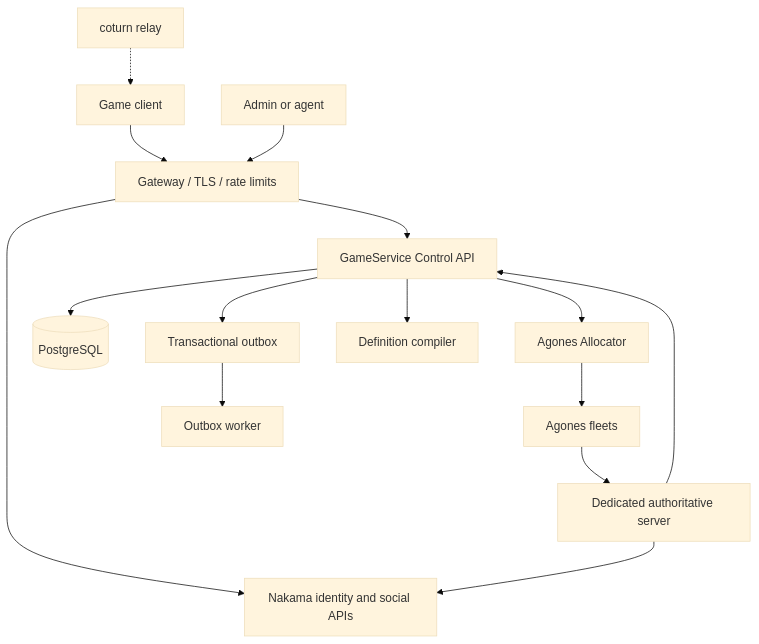
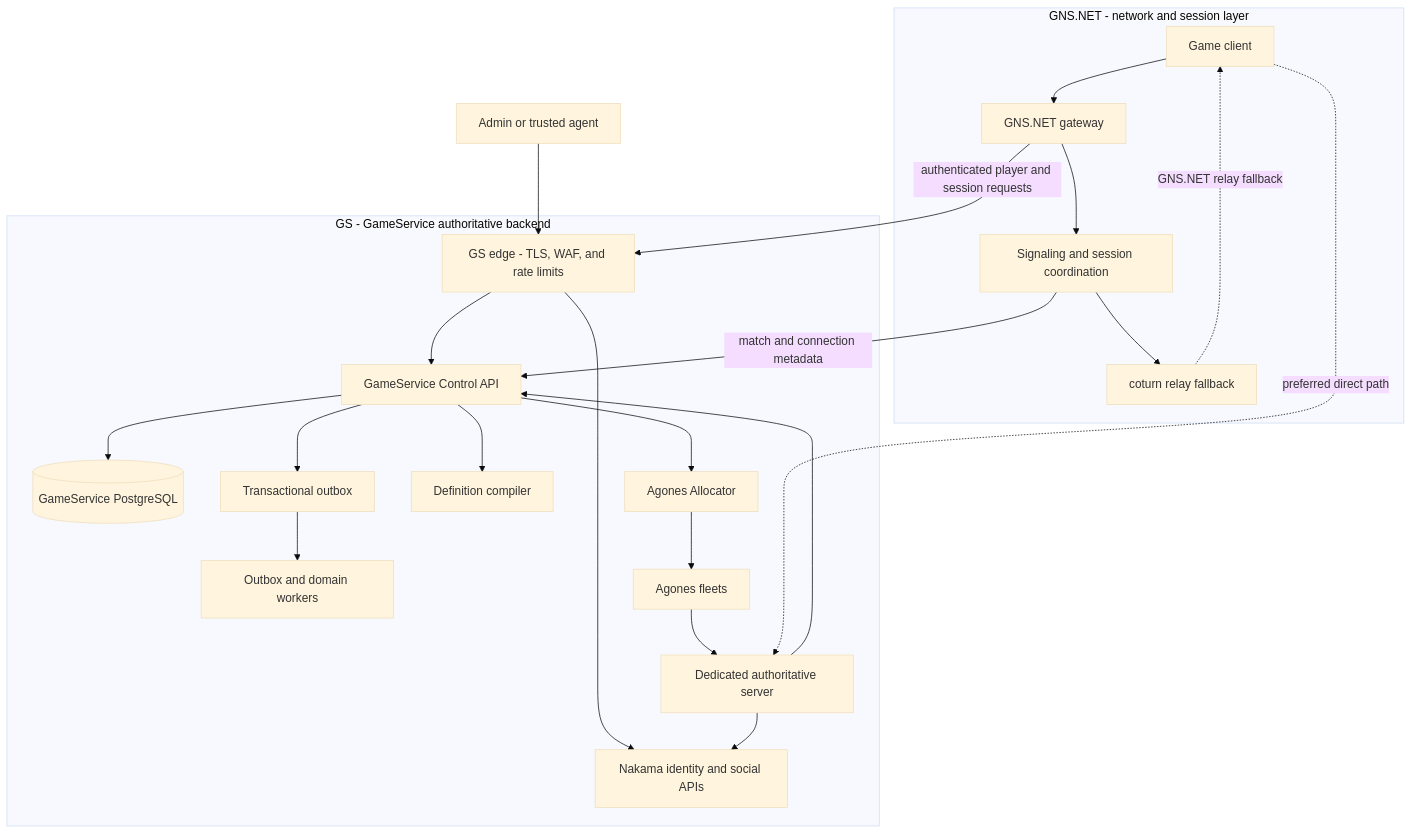
The diagram in README.md (Dankular/GS), drawn with Mermaid (base theme) before and after one commit. The commit also changed other lines of this file, not shown here.

Commit message:
Document GNS.NET and GameService topology

````diff
--- a/README.md
+++ b/README.md
@@ -230,17 +230,39 @@
 ```mermaid
 flowchart TB
-    Client[Game client] --> Edge[Gateway / TLS / rate limits]
-    Admin[Admin or agent] --> Edge
-    Edge --> Nakama[Nakama identity and social APIs]
-    Edge --> API[GameService Control API]
-    API --> DB[(PostgreSQL)]
-    API --> Outbox[Transactional outbox]
-    Outbox --> Worker[Outbox worker]
-    API --> Compiler[Definition compiler]
-    API --> Allocator[Agones Allocator]
-    Allocator --> Fleet[Agones fleets]
-    Fleet --> Server[Dedicated authoritative server]
-    Server --> Nakama
-    Server --> API
-    Relay["coturn relay"] -.-> Client
+    subgraph GNS["GNS.NET - network and session layer"]
+        Client["Game client"] --> GNSGateway["GNS.NET gateway"]
+        GNSGateway --> Signaling["Signaling and session coordination"]
+        Signaling --> TURN["coturn relay fallback"]
+    end
+
+    subgraph GS["GS - GameService authoritative backend"]
+        Edge["GS edge - TLS, WAF, and rate limits"]
+        API["GameService Control API"]
+        Nakama["Nakama identity and social APIs"]
+        DB[("GameService PostgreSQL")]
+        Outbox["Transactional outbox"]
+        Worker["Outbox and domain workers"]
+        Compiler["Definition compiler"]
+        Allocator["Agones Allocator"]
+        Fleet["Agones fleets"]
+        Server["Dedicated authoritative server"]
+
+        Edge --> API
+        Edge --> Nakama
+        API --> DB
+        API --> Outbox
+        Outbox --> Worker
+        API --> Compiler
+        API --> Allocator
+        Allocator --> Fleet
+        Fleet --> Server
+        Server --> API
+        Server --> Nakama
+    end
+
+    Admin["Admin or trusted agent"] --> Edge
+    GNSGateway -->|"authenticated player and session requests"| Edge
+    Signaling -->|"match and connection metadata"| API
+    Client -.->|"preferred direct path"| Server
+    TURN -.->|"GNS.NET relay fallback"| Client
 ```
````
